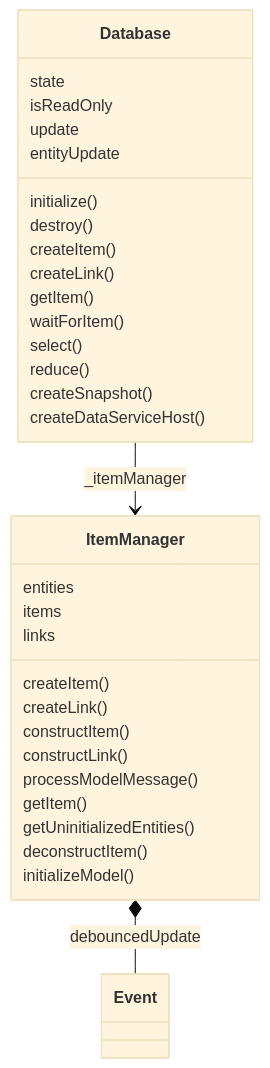
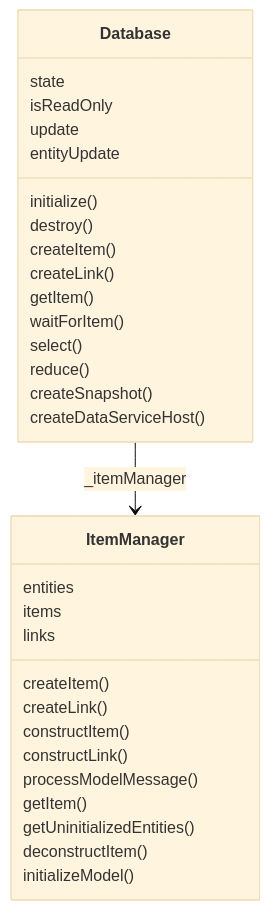
One commit to dxos/dxos changed the first of 2 diagrams in packages/core/echo/echo-db/docs/README.md. Above: the diagram before and after it, drawn with Mermaid (base theme). The commit also changed 1 other file, not shown here.

````diff
--- a/packages/core/echo/echo-db/docs/README.md
+++ b/packages/core/echo/echo-db/docs/README.md
@@ -7,36 +7,35 @@
 ```mermaid
 classDiagram
 
 class Database {
   state
   isReadOnly
   update
   entityUpdate
   initialize()
   destroy()
   createItem()
   createLink()
   getItem()
   waitForItem()
   select()
   reduce()
   createSnapshot()
   createDataServiceHost()
 }
 Database --> ItemManager : _itemManager
 class ItemManager {
   entities
   items
   links
   createItem()
   createLink()
   constructItem()
   constructLink()
   processModelMessage()
   getItem()
   getUninitializedEntities()
   deconstructItem()
   initializeModel()
 }
-ItemManager *-- Event : debouncedUpdate
 ```
````
